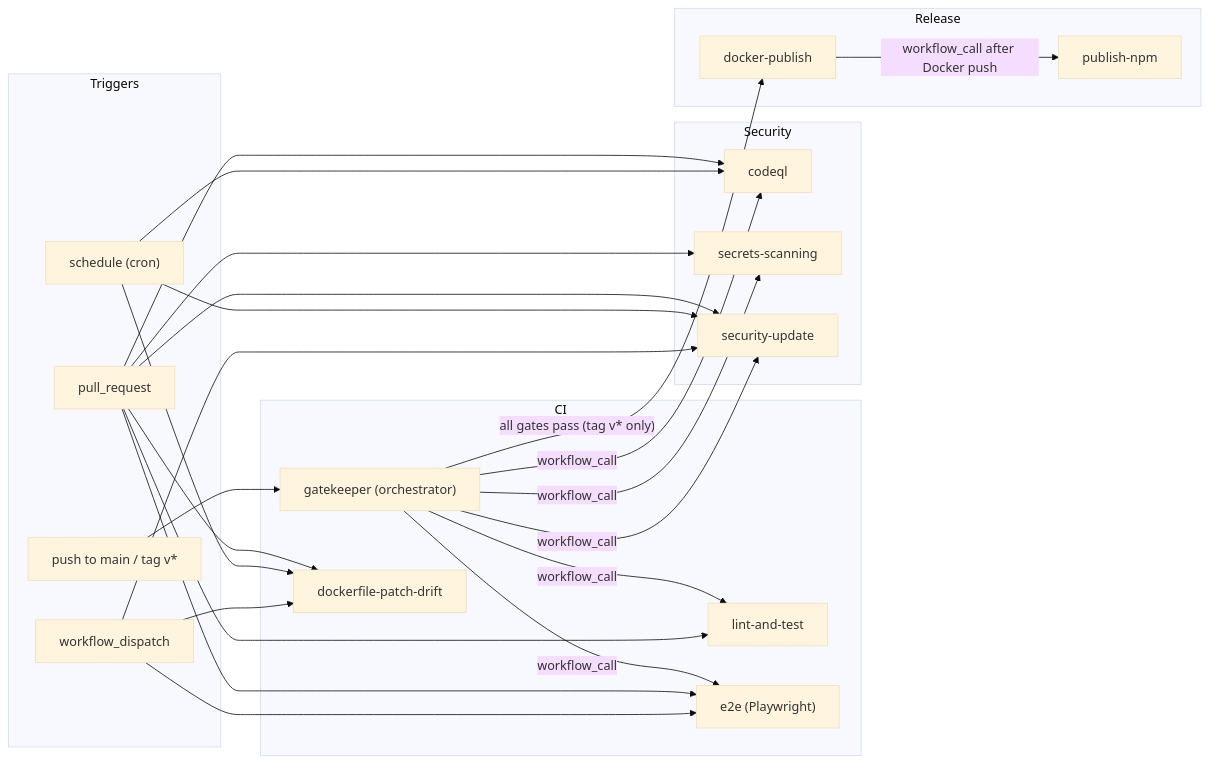
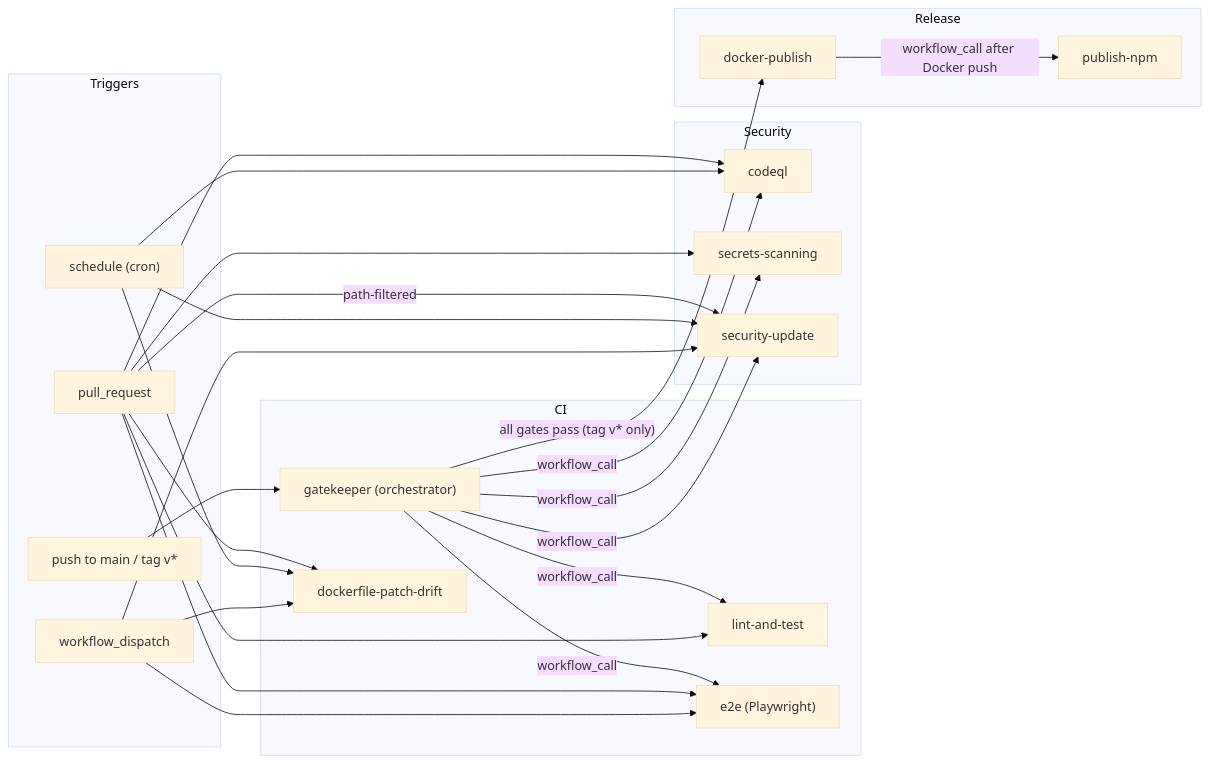
The diagram in .github/workflows/README.md (neverinfamous/memory-journal-mcp), drawn with Mermaid (base theme) before and after one commit. The commit also changed other lines of this file and 15 other files, not shown here.

````diff
--- a/.github/workflows/README.md
+++ b/.github/workflows/README.md
@@ -7,51 +7,51 @@
 ```mermaid
 flowchart LR
     subgraph Triggers["Triggers"]
         Push["push to main / tag v*"]
         PR["pull_request"]
         Sched["schedule (cron)"]
         Manual["workflow_dispatch"]
     end
 
     subgraph CI["CI"]
         GK["gatekeeper (orchestrator)"]
         LT["lint-and-test"]
         E2E["e2e (Playwright)"]
         DPD["dockerfile-patch-drift"]
     end
 
     subgraph Security["Security"]
         CQL["codeql"]
         SS["secrets-scanning"]
         SU["security-update"]
     end
 
     subgraph Release["Release"]
         DP["docker-publish"]
         NPM["publish-npm"]
     end
 
     Push --> GK
     GK -->|workflow_call| LT
     GK -->|workflow_call| CQL
     GK -->|workflow_call| SS
     GK -->|workflow_call| SU
     GK -->|workflow_call| E2E
     GK -->|"all gates pass (tag v* only)"| DP
     DP -->|workflow_call after Docker push| NPM
 
     PR --> LT
     PR --> E2E
     PR --> DPD
     PR --> CQL
     PR --> SS
-    PR --> SU
+    PR -->|"path-filtered"| SU
 
     Sched --> CQL
     Sched --> SU
     Sched --> DPD
 
     Manual --> E2E
     Manual --> SU
     Manual --> DPD
 ```
````
